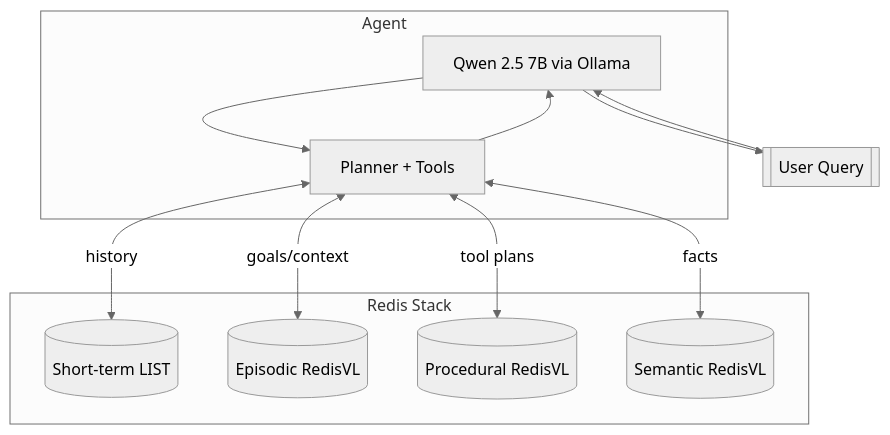
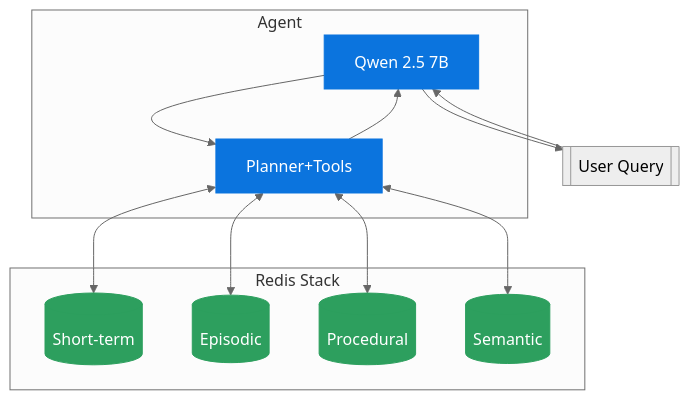
One commit to AllieRays/redis-wellness changed the diagram in docs/archive/2025-10-reset/03_MEMORY_ARCHITECTURE_AND_QUESTIONS.md. Above: the diagram before and after it, drawn with Mermaid (neutral theme). The commit also changed 4 other files, not shown here.

Commit message:
Fix stateless agent: increase max_tool_calls from 5 to 8 and call LLM without tools after max iterations

````diff
--- a/docs/archive/2025-10-reset/03_MEMORY_ARCHITECTURE_AND_QUESTIONS.md
+++ b/docs/archive/2025-10-reset/03_MEMORY_ARCHITECTURE_AND_QUESTIONS.md
@@ -39,23 +39,21 @@
 ```mermaid path=null start=null
 flowchart TB
   subgraph Agent
-    Q[Qwen 2.5 7B via Ollama]
-    P[Planner + Tools]
+    Q[Qwen 2.5 7B]:::agent
+    P[Planner+Tools]:::agent
   end
-
   UI[[User Query]] --> Q --> P
-
   subgraph Redis Stack
-    ST[(Short‑term LIST)]
-    EP[(Episodic RedisVL)]
-    PR[(Procedural RedisVL)]
-    SE[(Semantic RedisVL)]
+    ST[(Short-term)]:::mem
+    EP[(Episodic)]:::mem
+    PR[(Procedural)]:::mem
+    SE[(Semantic)]:::mem
   end
-
-  P <-- history --> ST
-  P <-- goals/context --> EP
-  P <-- tool plans --> PR
-  P <-- facts --> SE
-
+  P <--> ST
+  P <--> EP
+  P <--> PR
+  P <--> SE
   P --> Q --> UI
+  classDef agent fill:#0b74de,stroke:#0b74de,color:#fff
+  classDef mem fill:#2d9f5e,stroke:#2d9f5e,color:#fff
 ```
````
